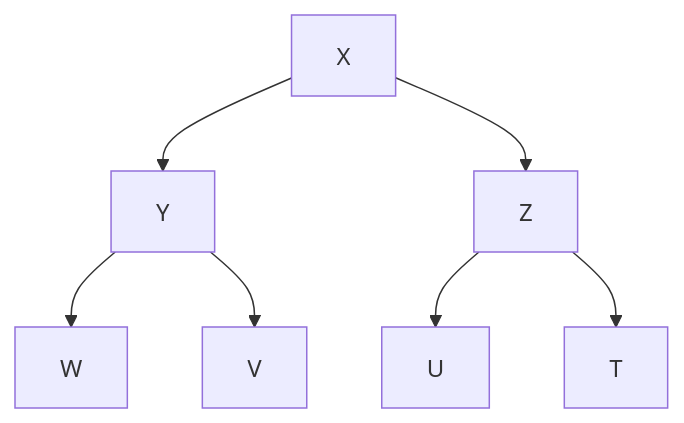
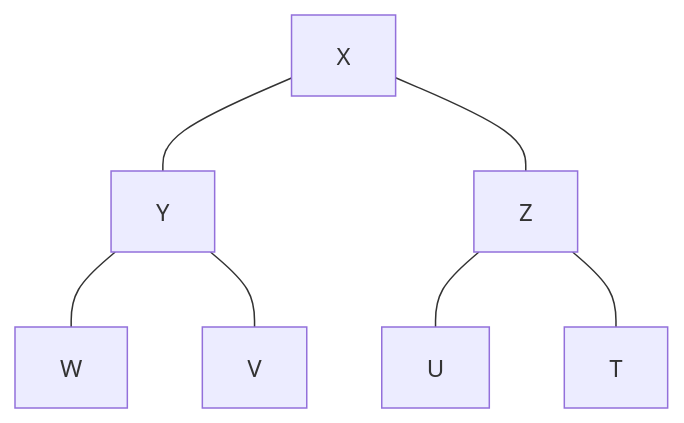
One commit to cquintella/Estruturas changed the third of 5 diagrams in apresentacoes/unidade4/arvores_binarias.md. Above: the diagram before and after it, drawn with Mermaid. The commit also changed other lines of this file, not shown here.

````diff
--- a/apresentacoes/unidade4/arvores_binarias.md
+++ b/apresentacoes/unidade4/arvores_binarias.md
@@ -269,10 +269,10 @@
 ```mermaid
 graph TD
-X --> Y
-X --> Z
-Y --> W
-Y --> V
-Z --> U
-Z --> T
+X --- Y
+X --- Z
+Y --- W
+Y --- V
+Z --- U
+Z --- T
 
 ```
````
